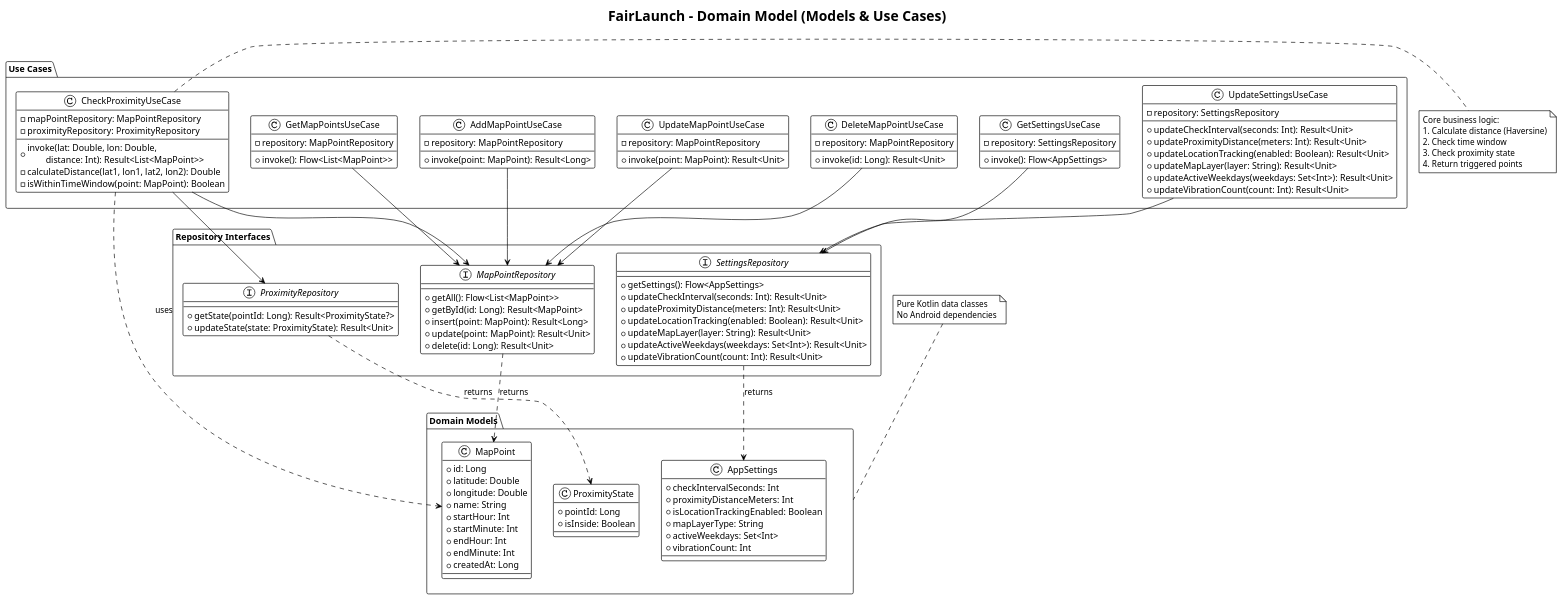
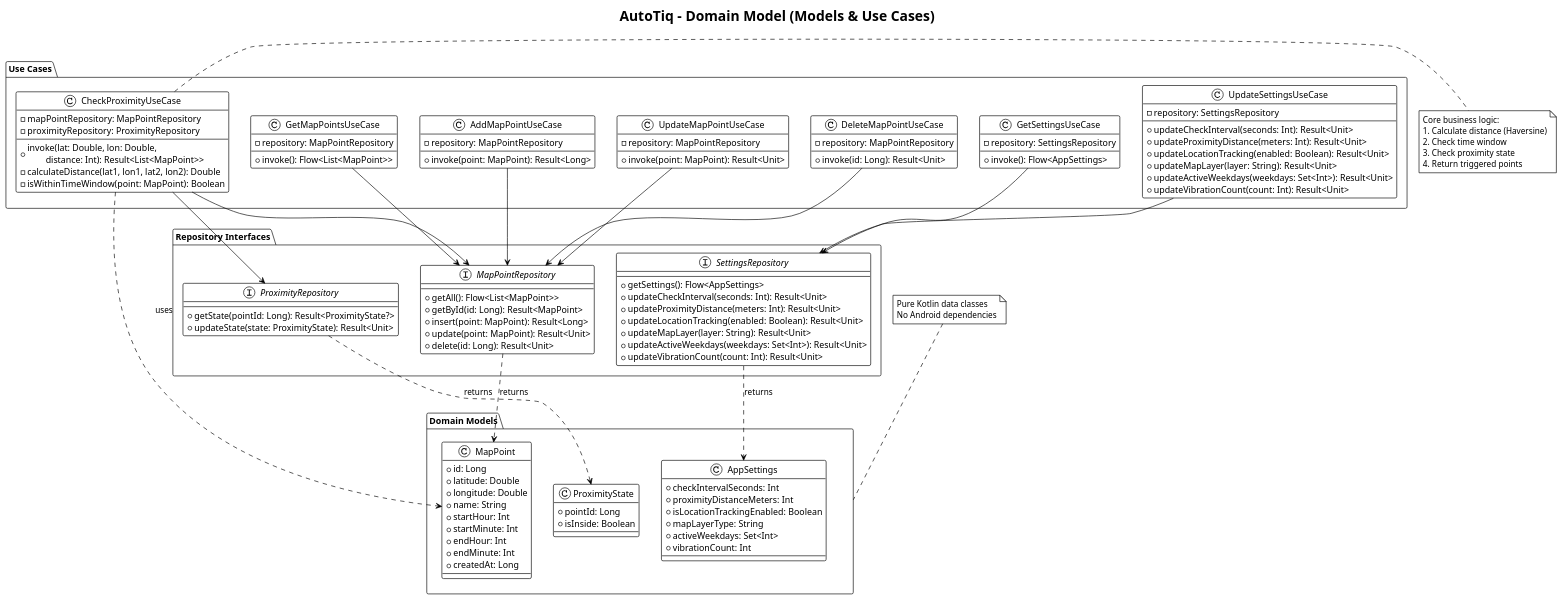
One commit to harzoglups/FairLaunch changed the diagram in docs/domain-model.puml. Above: the diagram before and after it, drawn with PlantUML. The commit also changed 123 other files, not shown here.

First line of the commit message:
refactor: rename app from FairLaunch to AutoTiq with package com.cussou.autotiq

```diff
--- a/docs/domain-model.puml
+++ b/docs/domain-model.puml
@@ -1,136 +1,136 @@
-@startuml FairLaunch-Domain-Model
+@startuml AutoTiq-Domain-Model
 !theme plain
 skinparam backgroundColor #FFFFFF
 
-title FairLaunch - Domain Model (Models & Use Cases)
+title AutoTiq - Domain Model (Models & Use Cases)
 
 package "Domain Models" {
   class MapPoint {
     + id: Long
     + latitude: Double
     + longitude: Double
     + name: String
     + startHour: Int
     + startMinute: Int
     + endHour: Int
     + endMinute: Int
     + createdAt: Long
   }
   
   class ProximityState {
     + pointId: Long
     + isInside: Boolean
   }
   
   class AppSettings {
     + checkIntervalSeconds: Int
     + proximityDistanceMeters: Int
     + isLocationTrackingEnabled: Boolean
     + mapLayerType: String
     + activeWeekdays: Set<Int>
     + vibrationCount: Int
   }
 }
 
 package "Repository Interfaces" {
   interface MapPointRepository {
     + getAll(): Flow<List<MapPoint>>
     + getById(id: Long): Result<MapPoint>
     + insert(point: MapPoint): Result<Long>
     + update(point: MapPoint): Result<Unit>
     + delete(id: Long): Result<Unit>
   }
   
   interface ProximityRepository {
     + getState(pointId: Long): Result<ProximityState?>
     + updateState(state: ProximityState): Result<Unit>
   }
   
   interface SettingsRepository {
     + getSettings(): Flow<AppSettings>
     + updateCheckInterval(seconds: Int): Result<Unit>
     + updateProximityDistance(meters: Int): Result<Unit>
     + updateLocationTracking(enabled: Boolean): Result<Unit>
     + updateMapLayer(layer: String): Result<Unit>
     + updateActiveWeekdays(weekdays: Set<Int>): Result<Unit>
     + updateVibrationCount(count: Int): Result<Unit>
   }
 }
 
 package "Use Cases" {
   class GetMapPointsUseCase {
     - repository: MapPointRepository
     + invoke(): Flow<List<MapPoint>>
   }
   
   class AddMapPointUseCase {
     - repository: MapPointRepository
     + invoke(point: MapPoint): Result<Long>
   }
   
   class UpdateMapPointUseCase {
     - repository: MapPointRepository
     + invoke(point: MapPoint): Result<Unit>
   }
   
   class DeleteMapPointUseCase {
     - repository: MapPointRepository
     + invoke(id: Long): Result<Unit>
   }
   
   class CheckProximityUseCase {
     - mapPointRepository: MapPointRepository
     - proximityRepository: ProximityRepository
     + invoke(lat: Double, lon: Double, \n        distance: Int): Result<List<MapPoint>>
     - calculateDistance(lat1, lon1, lat2, lon2): Double
     - isWithinTimeWindow(point: MapPoint): Boolean
   }
   
   class GetSettingsUseCase {
     - repository: SettingsRepository
     + invoke(): Flow<AppSettings>
   }
   
   class UpdateSettingsUseCase {
     - repository: SettingsRepository
     + updateCheckInterval(seconds: Int): Result<Unit>
     + updateProximityDistance(meters: Int): Result<Unit>
     + updateLocationTracking(enabled: Boolean): Result<Unit>
     + updateMapLayer(layer: String): Result<Unit>
     + updateActiveWeekdays(weekdays: Set<Int>): Result<Unit>
     + updateVibrationCount(count: Int): Result<Unit>
   }
 }
 
 ' Relationships
 GetMapPointsUseCase --> MapPointRepository
 AddMapPointUseCase --> MapPointRepository
 UpdateMapPointUseCase --> MapPointRepository
 DeleteMapPointUseCase --> MapPointRepository
 
 CheckProximityUseCase --> MapPointRepository
 CheckProximityUseCase --> ProximityRepository
 
 GetSettingsUseCase --> SettingsRepository
 UpdateSettingsUseCase --> SettingsRepository
 
 MapPointRepository ..> MapPoint : returns
 ProximityRepository ..> ProximityState : returns
 SettingsRepository ..> AppSettings : returns
 
 CheckProximityUseCase ..> MapPoint : uses
 
 note right of CheckProximityUseCase
   Core business logic:
   1. Calculate distance (Haversine)
   2. Check time window
   3. Check proximity state
   4. Return triggered points
 end note
 
 note top of "Domain Models"
   Pure Kotlin data classes
   No Android dependencies
 end note
 
 @enduml
```
